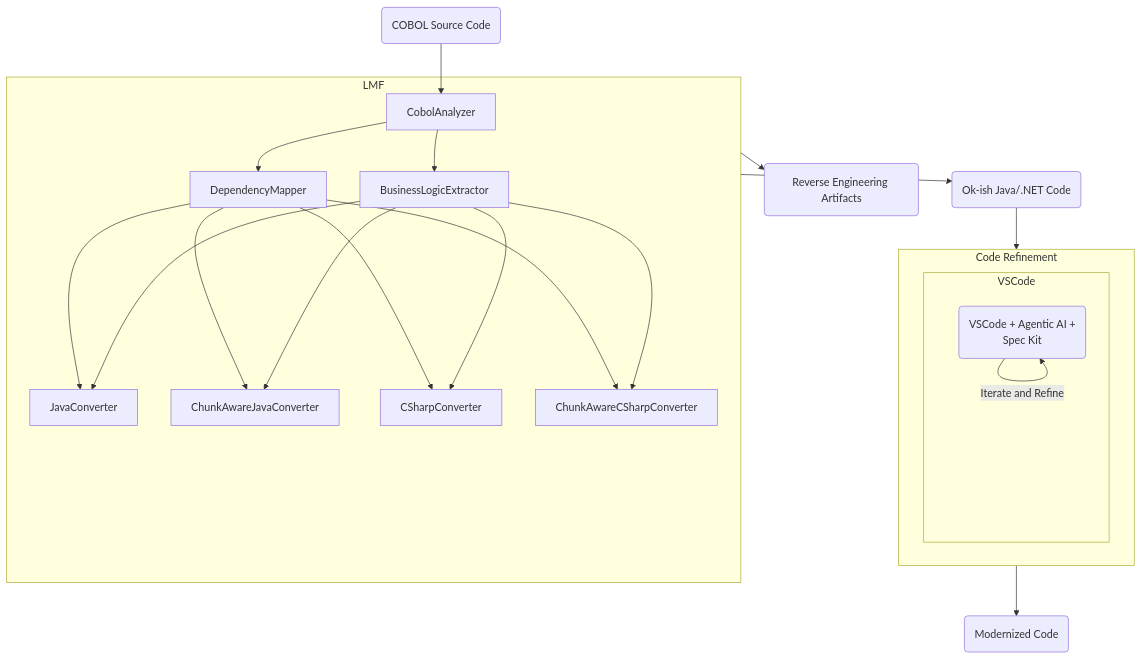
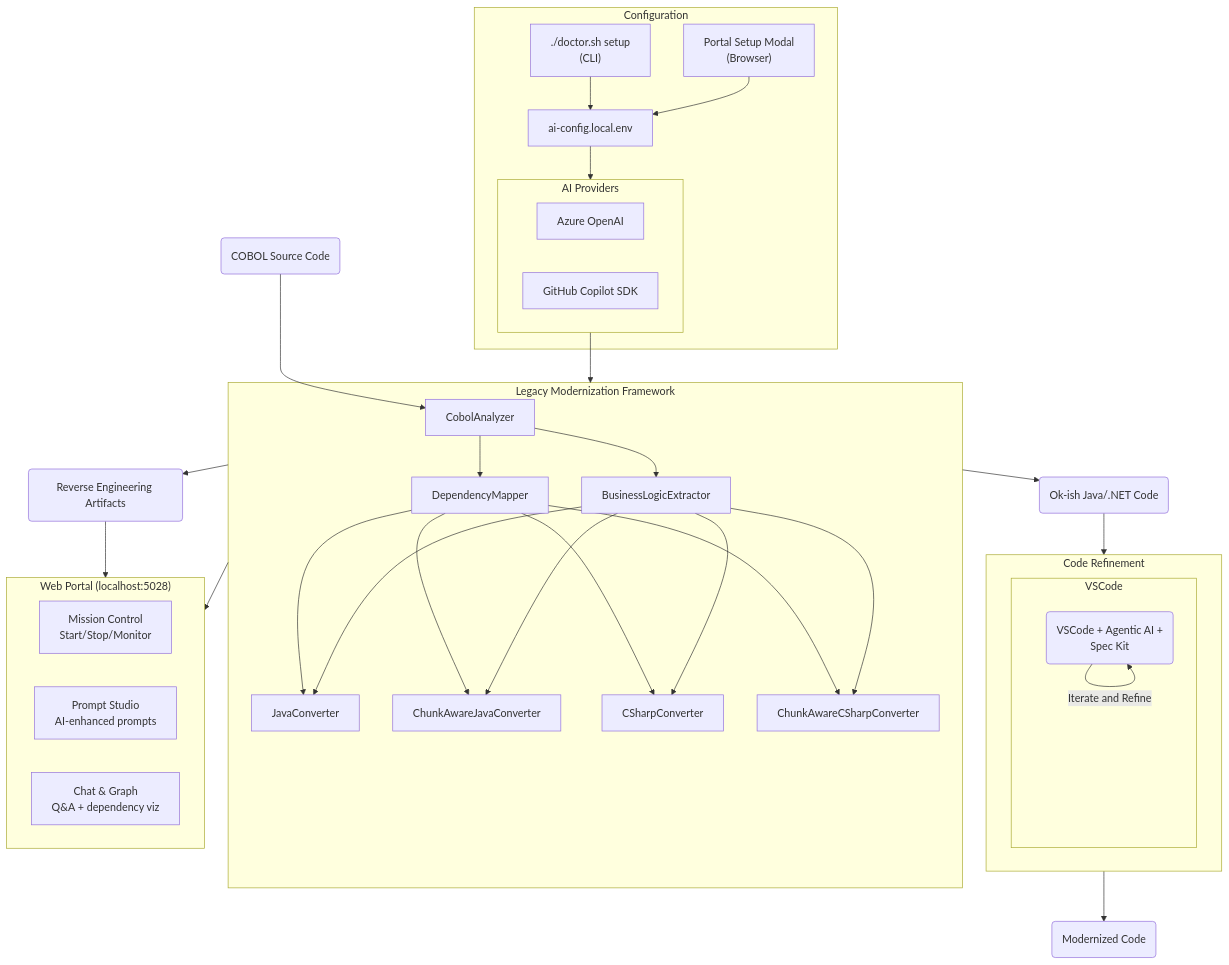
Before and after one commit to Azure-Samples/Legacy-Modernization-Agents: the diagram in docs/legacy-modernization-flow.md, drawn with Mermaid. The commit also changed 29 other files, not shown here.

First line of the commit message:
feat: portal-based AI provider setup with model discovery

````diff
--- a/docs/legacy-modernization-flow.md
+++ b/docs/legacy-modernization-flow.md
@@ -1,33 +1,53 @@
 ```mermaid
 flowchart TD
     COBOL(COBOL Source Code)
+    
+    subgraph CONFIG["Configuration"]
+        DOCTOR["./doctor.sh setup<br/>(CLI)"]
+        PORTAL_SETUP["Portal Setup Modal<br/>(Browser)"]
+        DOCTOR --> ENV["ai-config.local.env"]
+        PORTAL_SETUP --> ENV
+        ENV --> PROVIDERS
+        subgraph PROVIDERS["AI Providers"]
+            AZURE["Azure OpenAI"]
+            COPILOT["GitHub Copilot SDK"]
+        end
+    end
+
     COBOL --> A
 
-    subgraph LMF[LMF]
+    subgraph LMF[Legacy Modernization Framework]
         A[CobolAnalyzer] --> B[DependencyMapper]
         A --> C[BusinessLogicExtractor]
         B --> D[JavaConverter]
         B --> E[ChunkAwareJavaConverter]
         C --> D
         C --> E
         B --> F[CSharpConverter]
         B --> G[ChunkAwareCSharpConverter]
         C --> F
         C --> G
     end
 
-    style spacer fill:none,stroke:none,color:transparent
+    PROVIDERS --> LMF
 
-   
     LMF --> H(Ok-ish Java/.NET Code)
     H --> PostLMF
     subgraph PostLMF[Code Refinement]
        subgraph VSCode[VSCode]
             I(VSCode + Agentic AI + <br> Spec Kit)
             I -- Iterate and Refine --> I
         end 
     end
     LMF --> K(Reverse Engineering Artifacts)
     PostLMF --> J(Modernized Code)
 
+    subgraph PORTAL["Web Portal (localhost:5028)"]
+        MC["Mission Control<br/>Start/Stop/Monitor"]
+        PS["Prompt Studio<br/>AI-enhanced prompts"]
+        CHAT["Chat & Graph<br/>Q&A + dependency viz"]
+    end
+
+    LMF --> PORTAL
+    K --> PORTAL
 ```
````
